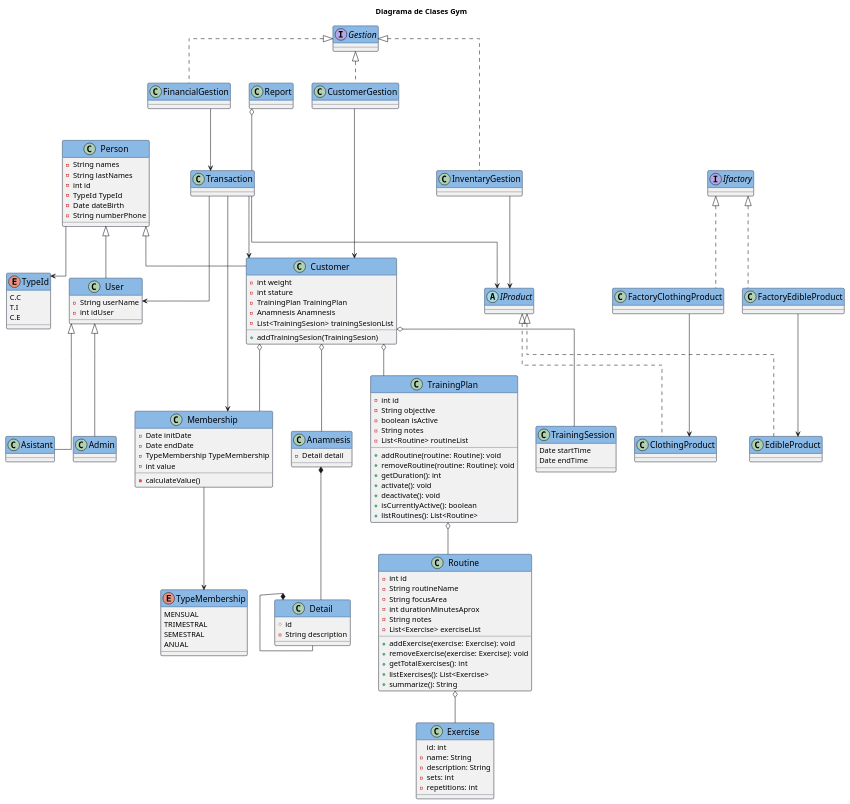
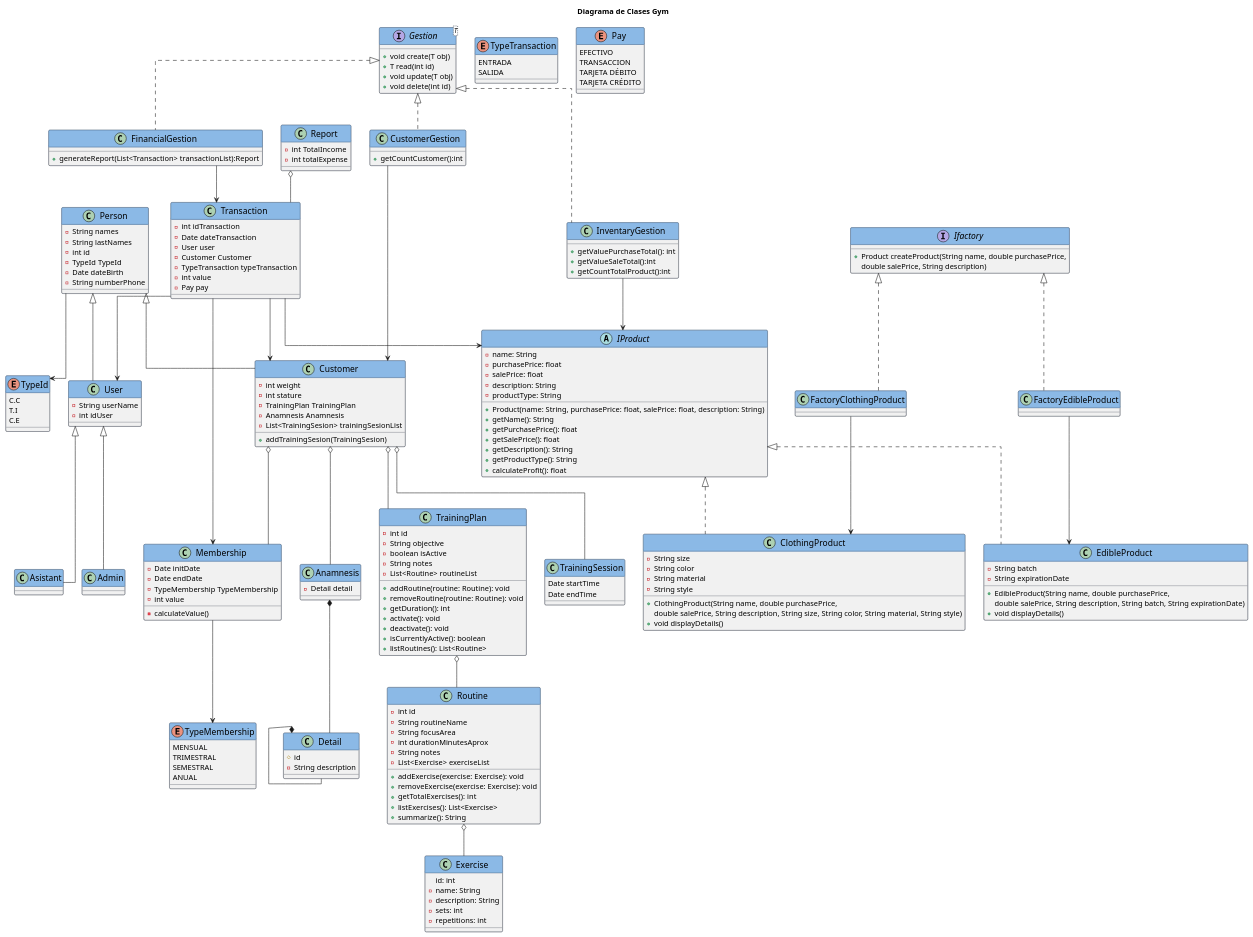
The diagram in modelos/clases.puml (brayanfu038/GymRepository), drawn with PlantUML before and after one commit.

Commit message:
Agregando métodos y atributos

```diff
--- a/modelos/clases.puml
+++ b/modelos/clases.puml
@@ -102,38 +102,90 @@
 
 }
 abstract class IProduct{
+      - name: String
+  - purchasePrice: float
+  - salePrice: float
+  - description: String
+  - productType: String
+  
+  + Product(name: String, purchasePrice: float, salePrice: float, description: String)
+  + getName(): String
+  + getPurchasePrice(): float
+  + getSalePrice(): float
+  + getDescription(): String
+  + getProductType(): String
+  + calculateProfit(): float
 
 }
 class EdibleProduct{
-
+- String batch
+    - String expirationDate
+    + EdibleProduct(String name, double purchasePrice,
+     double salePrice, String description, String batch, String expirationDate)
+    + void displayDetails()
 }
 class ClothingProduct{
-
+ - String size
+    - String color
+    - String material
+    - String style
+    + ClothingProduct(String name, double purchasePrice,
+     double salePrice, String description, String size, String color, String material, String style)
+    + void displayDetails()
 }
 interface Ifactory{
+    + Product createProduct(String name, double purchasePrice, 
+    double salePrice, String description)
 }
 class FactoryEdibleProduct{
-
 }
 class FactoryClothingProduct{
 
 }
 class InventaryGestion{
+    +getValuePurchaseTotal(): int
+    +getValueSaleTotal():int
+    +getCountTotalProduct():int
 
 }
 class CustomerGestion{
+    +getCountCustomer():int
+}
+class FinancialGestion{
+    +generateReport(List<Transaction> transactionList):Report
+}
+interface Gestion<T> {
+    + void create(T obj)
+    + T read(int id)
+    + void update(T obj)
+    + void delete(int id)
+}
+class Transaction{
+    -int idTransaction
+    -Date dateTransaction
+    -User user
+    -Customer Customer
+    -TypeTransaction typeTransaction
+    - int value
+    - Pay pay
+
 
 }
-class FinancialGestion{
+' TODO: NO SE HA AÑADIDO AL DE DOMINIO 
+enum TypeTransaction{
+    ENTRADA
+    SALIDA
 }
-interface Gestion{
-
+enum Pay{
+    EFECTIVO
+    TRANSACCION 
+    TARJETA DÉBITO
+    TARJETA CRÉDITO
 }
-class Transaction{
-
-}
+'Todo: hasta aca
 class Report{
-
+    - int TotalIncome
+    - int totalExpense
 }
 '------ RELACIONES ---------
 Person <|-- User
```
